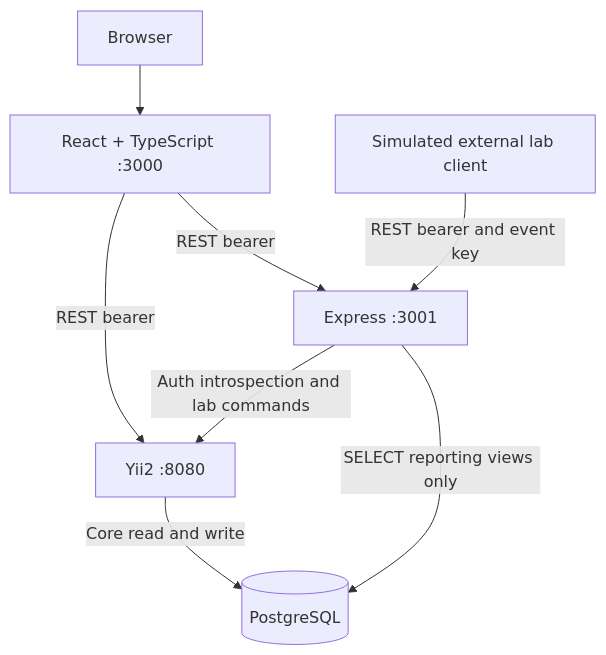
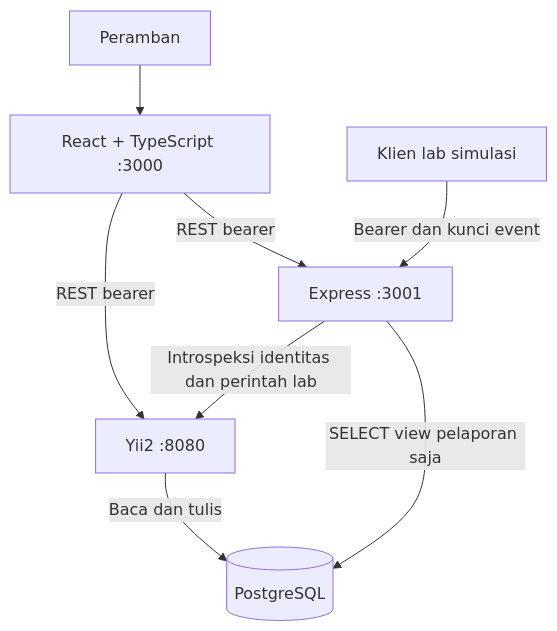
The diagram in docs/ARCHITECTURE.md (Al-gast/simrs-outpatient), drawn with Mermaid before and after one commit. The commit also changed other lines of this file and 43 other files, not shown here.

````diff
--- a/docs/ARCHITECTURE.md
+++ b/docs/ARCHITECTURE.md
@@ -3,10 +5,10 @@
 ```mermaid
 flowchart TD
- B[Browser] --> F[React + TypeScript :3000]
+ B[Peramban] --> F[React + TypeScript :3000]
  F -->|REST bearer| Y[Yii2 :8080]
  F -->|REST bearer| N[Express :3001]
- X[Simulated external lab client] -->|REST bearer and event key| N
- N -->|Auth introspection and lab commands| Y
- Y -->|Core read and write| P[(PostgreSQL)]
- N -->|SELECT reporting views only| P
+ X[Klien lab simulasi] -->|Bearer dan kunci event| N
+ N -->|Introspeksi identitas dan perintah lab| Y
+ Y -->|Baca dan tulis| P[(PostgreSQL)]
+ N -->|SELECT view pelaporan saja| P
 ```
````
